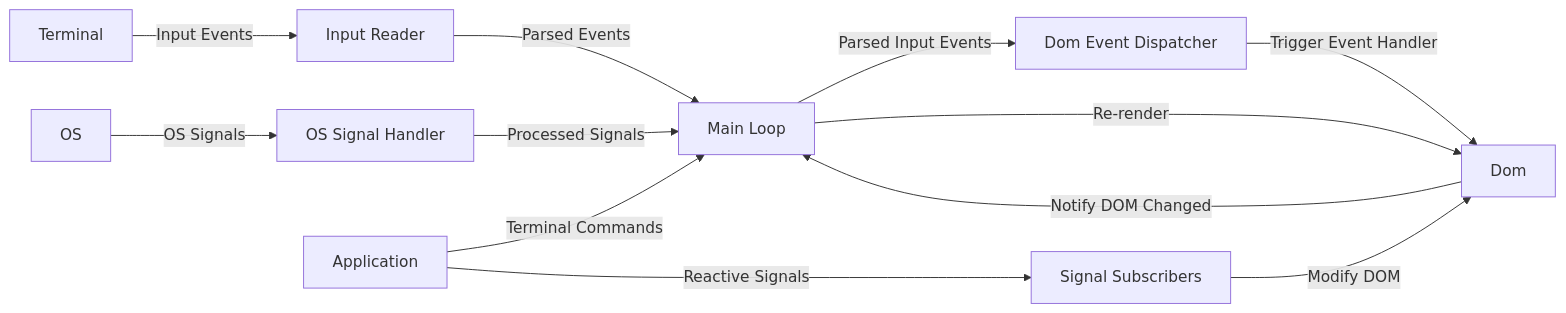
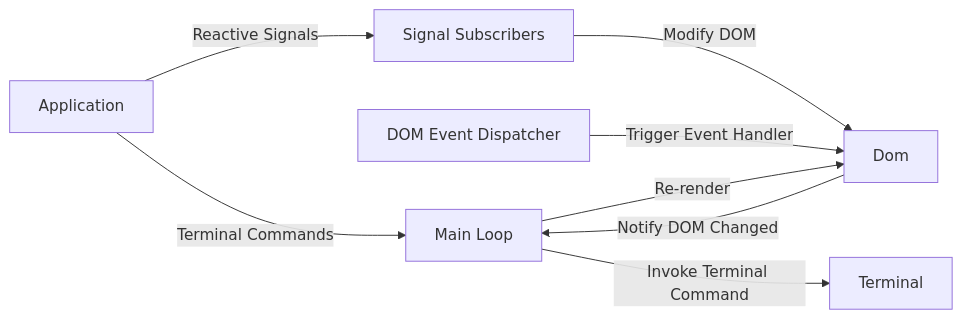
The second of 2 diagrams in ARCHITECTURE.md (aschey/rooibos), drawn with Mermaid before and after one commit. The commit also changed other lines of this file, not shown here.

Commit message:
split diagram in two

````diff
--- a/ARCHITECTURE.md
+++ b/ARCHITECTURE.md
@@ -33,14 +46,10 @@
 ```mermaid
 flowchart LR
-    T[Terminal] -- Input Events --> IR[Input Reader]
-    OS[OS] -- OS Signals --> OSSH[OS Signal Handler]
-    IR -- Parsed Events --> ML[Main Loop]
     A[Application] -- Terminal Commands --> ML
     A -- Reactive Signals --> SS[Signal Subscribers]
     SS -- Modify DOM --> D
-    OSSH -- Processed Signals --> ML
-    ML -- Parsed Input Events --> DED[Dom Event Dispatcher]
-    DED -- Trigger Event Handler --> D[Dom]
-    D -- Notify DOM Changed --> ML
+    DED[DOM Event Dispatcher] -- Trigger Event Handler --> D[Dom]
+    D -- Notify DOM Changed --> ML[Main Loop]
     ML -- Re-render --> D
+    ML -- Invoke Terminal Command --> T[Terminal]
 ```
````
